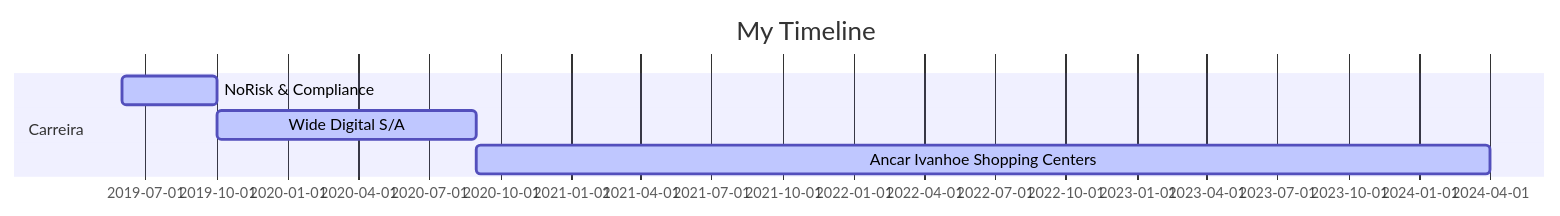
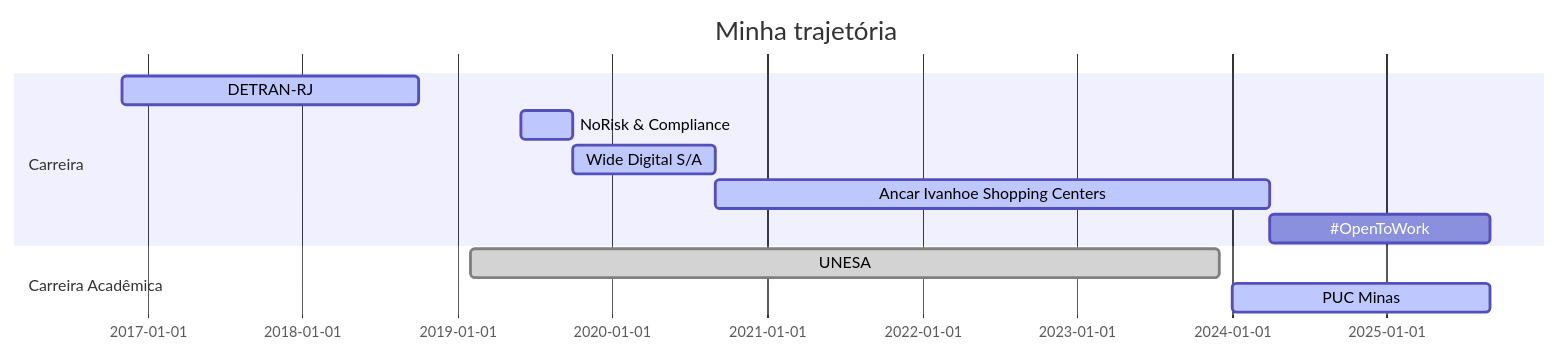
The diagram in README.md (carlosr-henriques/carlosr-henriques), drawn with Mermaid before and after one commit. The commit also changed other lines of this file, not shown here.

````diff
--- a/README.md
+++ b/README.md
@@ -3,11 +5,17 @@
 ```mermaid
 
 gantt
-dateFormat  YYYY-MM-DD
-title My Timeline
+  dateFormat  YYYY-MM
+  title Minha trajetória
 
-section Carreira
-NoRisk & Compliance          :active,, 2019-06-01,2019-10-01
-Wide Digital S/A         :active,, 2019-10-01,2020-09-01
-Ancar Ivanhoe Shopping Centers     :active,, 2020-09-01,2024-04-01
+  section Carreira
+    DETRAN-RJ                      :active, a1, 2016-11, 2018-10
+    NoRisk & Compliance            :active,, 2019-06,2019-10
+    Wide Digital S/A               :active,, 2019-10,2020-09
+    Ancar Ivanhoe Shopping Centers :active,, 2020-09,2024-04
+    #OpenToWork                    :, 2024-04, 2025-09
+
+  section Carreira Acadêmica
+    UNESA      :done,, 2019-02,2023-12
+    PUC Minas  :active,, 2024-01,2025-09
 ```
````
